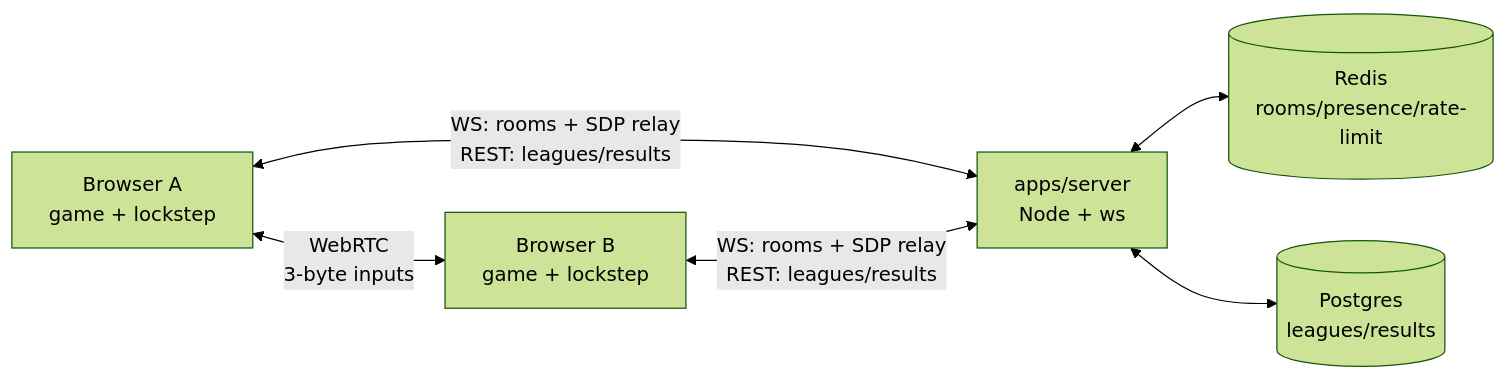
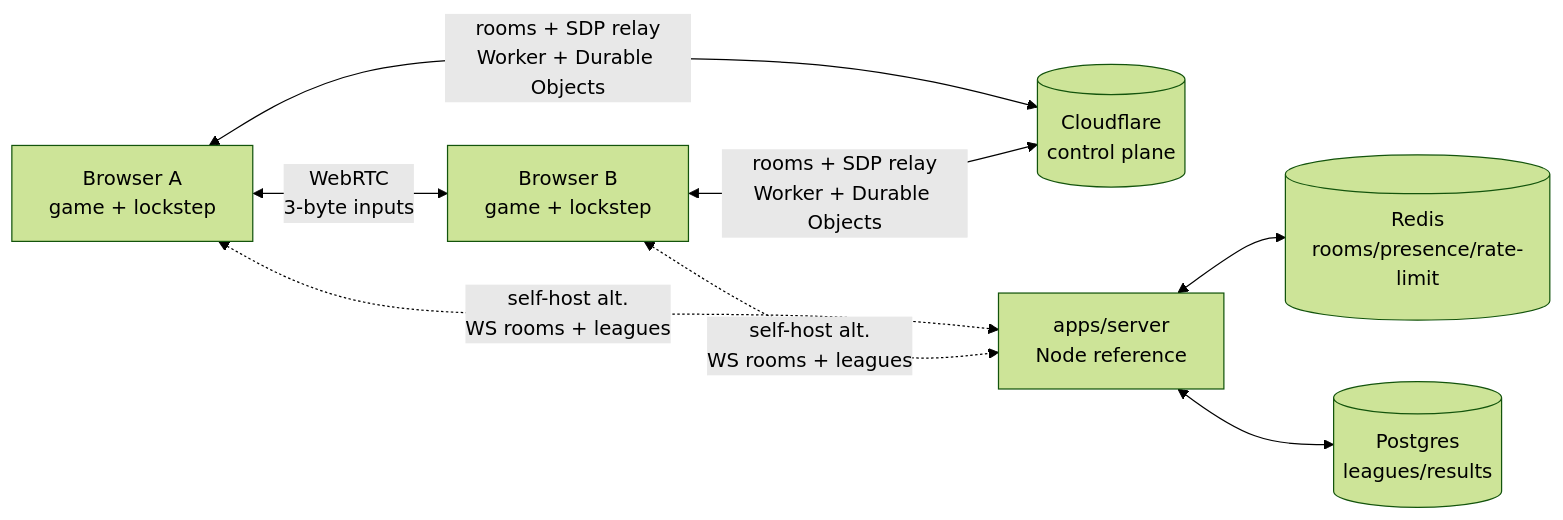
One commit to hunctasci/floodlight-football changed the diagram in README.md. Above: the diagram before and after it, drawn with Mermaid (forest theme). The commit also changed other lines of this file and 32 other files, not shown here.

First line of the commit message:
feat: share-link online multiplayer on Cloudflare rooms with trickle ICE

````diff
--- a/README.md
+++ b/README.md
@@ -7,7 +7,8 @@
 ```mermaid
 flowchart LR
   P1[Browser A<br/>game + lockstep] <-->|WebRTC<br/>3-byte inputs| P2[Browser B<br/>game + lockstep]
-  P1 & P2 <-->|WS: rooms + SDP relay<br/>REST: leagues/results| API[apps/server<br/>Node + ws]
+  P1 & P2 <-->|rooms + SDP relay<br/>Worker + Durable Objects| CF[(Cloudflare<br/>control plane)]
+  P1 & P2 <-.->|self-host alt.<br/>WS rooms + leagues| API[apps/server<br/>Node reference]
   API <--> R[(Redis<br/>rooms/presence/rate-limit)]
   API <--> P[(Postgres<br/>leagues/results)]
 ```
````
